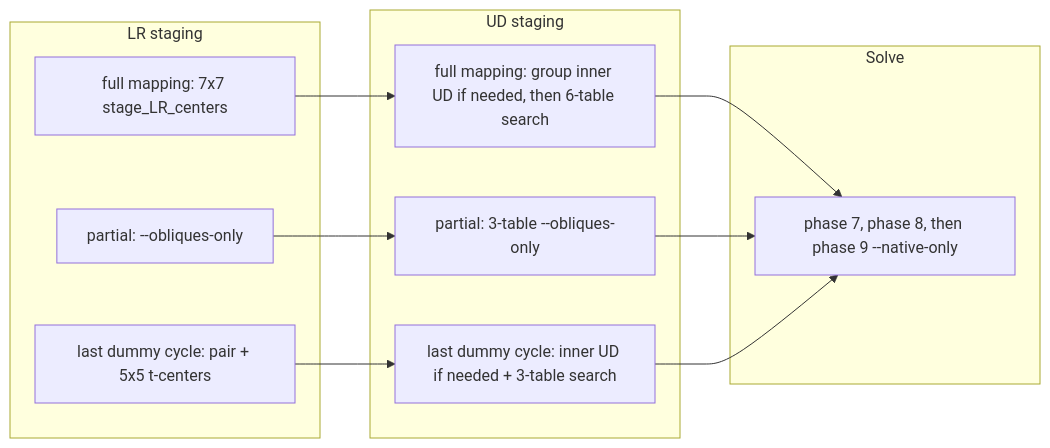
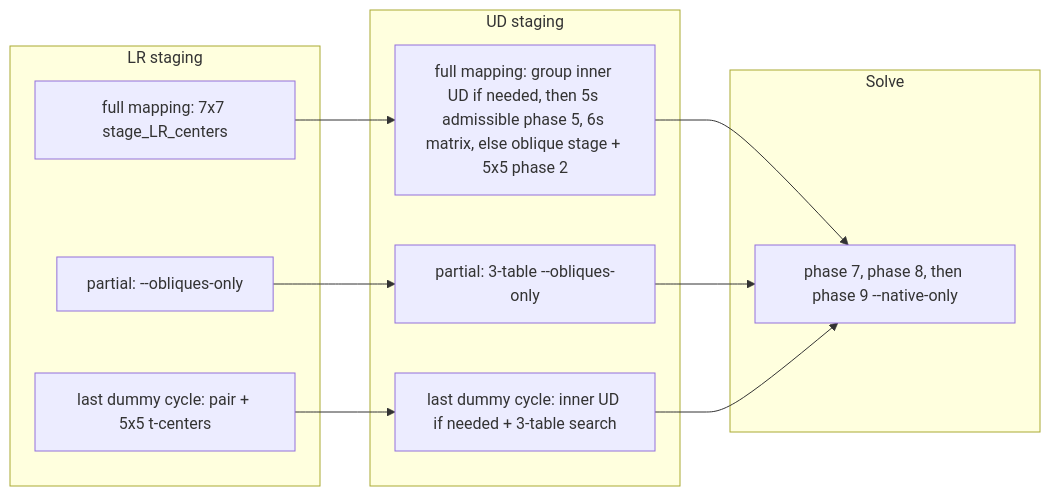
The second of 2 diagrams in AGENTS.md (dwalton76/rubiks-cube-NxNxN-solver), drawn with Mermaid before and after one commit. The commit also changed other lines of this file and 8 other files, not shown here.

````diff
--- a/AGENTS.md
+++ b/AGENTS.md
@@ -147,22 +147,22 @@
 ```mermaid
 flowchart LR
   subgraph lr [LR staging]
     LRfull["full mapping: 7x7 stage_LR_centers"]
     LRpair["partial: --obliques-only"]
     LRt["last dummy cycle: pair + 5x5 t-centers"]
   end
   subgraph ud [UD staging]
-    UDfull["full mapping: group inner UD if needed, then 6-table search"]
+    UDfull["full mapping: group inner UD if needed, then 5s admissible phase 5, 6s matrix, else oblique stage + 5x5 phase 2"]
     UDpair["partial: 3-table --obliques-only"]
     UDt["last dummy cycle: inner UD if needed + 3-table search"]
   end
   subgraph sol [Solve]
     native["phase 7, phase 8, then phase 9 --native-only"]
   end
   LRfull --> UDfull
   LRpair --> UDpair
   LRt --> UDt
   UDfull --> native
   UDpair --> native
   UDt --> native
 ```
````
